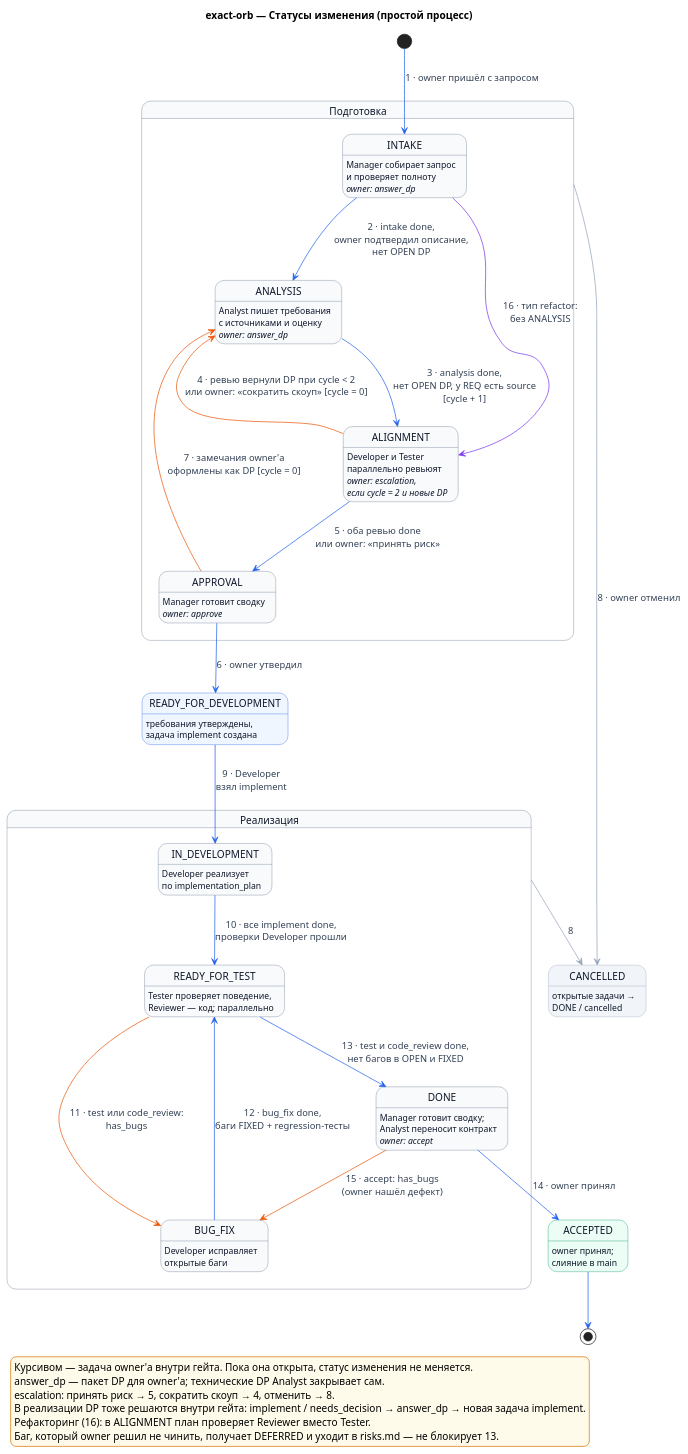
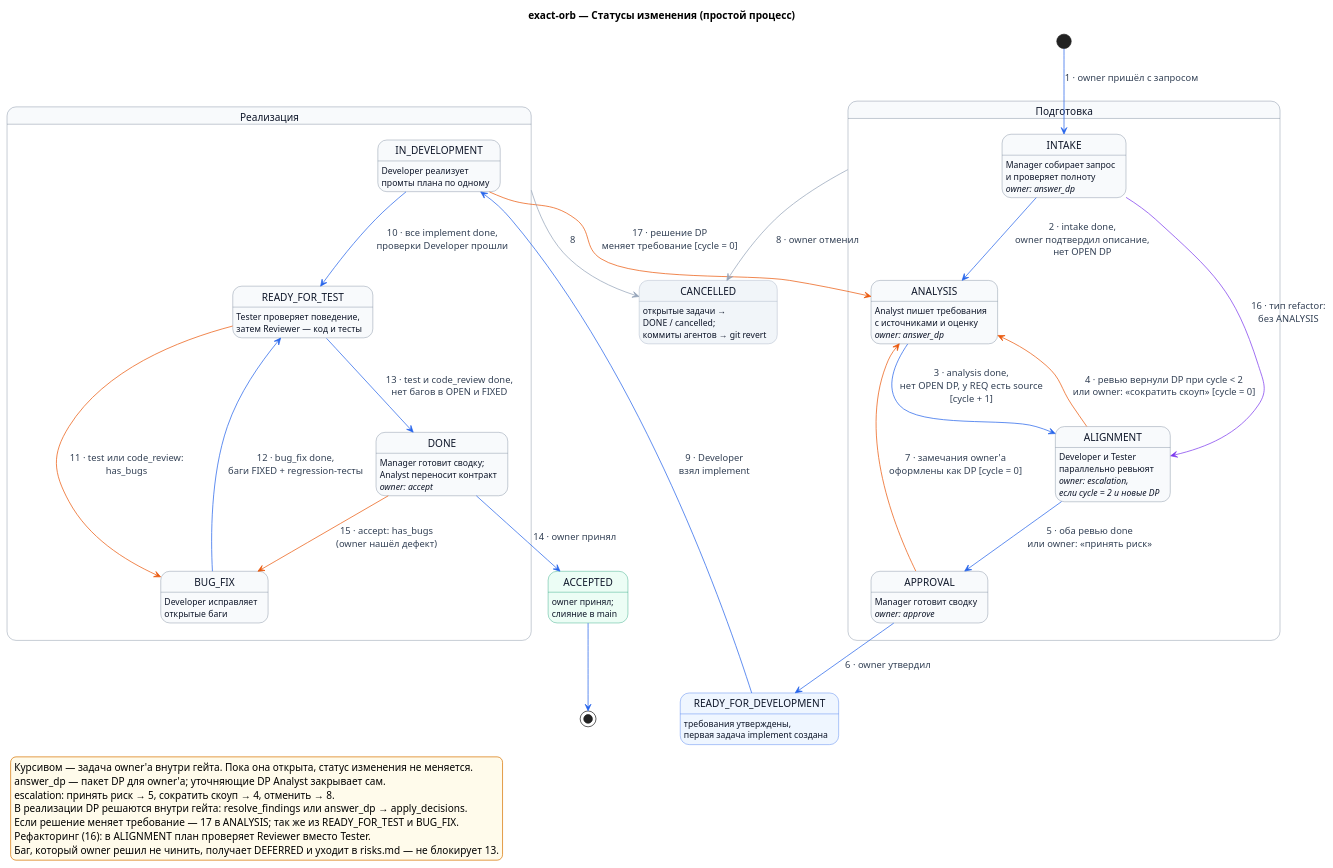
One commit to ksenia-baranova/exact-orb-demo changed the diagram in docs/development_approach/process/process_diagram/001-change-states.puml. Above: the diagram before and after it, drawn with PlantUML. The commit also changed 19 other files, not shown here.

Commit message:
docs: update architecture diagrams, overview, and scenarios

```diff
--- a/docs/development_approach/process/process_diagram/001-change-states.puml
+++ b/docs/development_approach/process/process_diagram/001-change-states.puml
@@ -1,74 +1,76 @@
 @startuml
 title exact-orb — Статусы изменения (простой процесс)
 
 ' Источник: «Процесс работы над изменением v2», разделы «Машина состояний» и «Таблица переходов».
 ' Номера на стрелках — строки таблицы переходов.
 ' Статус = гейт. Ожидание owner'а — его задача внутри гейта, статус при этом не меняется.
 
 hide empty description
 skinparam shadowing false
 skinparam state {
     BackgroundColor #F8FAFC
     BorderColor #64748B
     FontColor #0F172A
     ArrowColor #2563EB
     ArrowFontColor #334155
     BackgroundColor<<milestone>> #EFF6FF
     BorderColor<<milestone>> #2563EB
     BackgroundColor<<final>> #ECFDF5
     BorderColor<<final>> #059669
     BackgroundColor<<stop>> #F1F5F9
     BorderColor<<stop>> #94A3B8
 }
 skinparam legend {
     BackgroundColor #FFFBEB
     BorderColor #D97706
 }
 
 state "Подготовка" as PREP {
     state INTAKE : Manager собирает запрос\nи проверяет полноту\n<i>owner: answer_dp</i>
     state ANALYSIS : Analyst пишет требования\nс источниками и оценку\n<i>owner: answer_dp</i>
     state ALIGNMENT : Developer и Tester\nпараллельно ревьюят\n<i>owner: escalation,</i>\n<i>если cycle = 2 и новые DP</i>
     state APPROVAL : Manager готовит сводку\n<i>owner: approve</i>
 }
-state READY_FOR_DEVELOPMENT <<milestone>> : требования утверждены,\nзадача implement создана
+state READY_FOR_DEVELOPMENT <<milestone>> : требования утверждены,\nпервая задача implement создана
 state "Реализация" as BUILD {
-    state IN_DEVELOPMENT : Developer реализует\nпо implementation_plan
-    state READY_FOR_TEST : Tester проверяет поведение,\nReviewer — код; параллельно
+    state IN_DEVELOPMENT : Developer реализует\nпромты плана по одному
+    state READY_FOR_TEST : Tester проверяет поведение,\nзатем Reviewer — код и тесты
     state BUG_FIX : Developer исправляет\nоткрытые баги
     state DONE : Manager готовит сводку;\nAnalyst переносит контракт\n<i>owner: accept</i>
 }
 state ACCEPTED <<final>> : owner принял;\nслияние в main
-state CANCELLED <<stop>> : открытые задачи →\nDONE / cancelled
+state CANCELLED <<stop>> : открытые задачи →\nDONE / cancelled;\nкоммиты агентов → git revert
 
 [*] --> INTAKE : 1 · owner пришёл с запросом
 INTAKE --> ANALYSIS : 2 · intake done,\nowner подтвердил описание,\nнет OPEN DP
 ANALYSIS --> ALIGNMENT : 3 · analysis done,\nнет OPEN DP, у REQ есть source\n[cycle + 1]
 ALIGNMENT -[#EA580C]-> ANALYSIS : 4 · ревью вернули DP при cycle < 2\nили owner: «сократить скоуп» [cycle = 0]
 ALIGNMENT --> APPROVAL : 5 · оба ревью done\nили owner: «принять риск»
 INTAKE -[#7C3AED]-> ALIGNMENT : 16 · тип refactor:\nбез ANALYSIS
 APPROVAL -[#EA580C]-> ANALYSIS : 7 · замечания owner'а\nоформлены как DP [cycle = 0]
 APPROVAL --> READY_FOR_DEVELOPMENT : 6 · owner утвердил
 
 READY_FOR_DEVELOPMENT --> IN_DEVELOPMENT : 9 · Developer\nвзял implement
 IN_DEVELOPMENT --> READY_FOR_TEST : 10 · все implement done,\nпроверки Developer прошли
 READY_FOR_TEST -[#EA580C]-> BUG_FIX : 11 · test или code_review:\nhas_bugs
 BUG_FIX --> READY_FOR_TEST : 12 · bug_fix done,\nбаги FIXED + regression-тесты
 READY_FOR_TEST --> DONE : 13 · test и code_review done,\nнет багов в OPEN и FIXED
 DONE -[#EA580C]-> BUG_FIX : 15 · accept: has_bugs\n(owner нашёл дефект)
 DONE --> ACCEPTED : 14 · owner принял
+IN_DEVELOPMENT -[#EA580C]-> ANALYSIS : 17 · решение DP\nменяет требование [cycle = 0]
 ACCEPTED --> [*]
 
 PREP -[#94A3B8]-> CANCELLED : 8 · owner отменил
 BUILD -[#94A3B8]-> CANCELLED : 8
 
 legend bottom left
   Курсивом — задача owner'а внутри гейта. Пока она открыта, статус изменения не меняется.
-  answer_dp — пакет DP для owner'а; технические DP Analyst закрывает сам.
+  answer_dp — пакет DP для owner'а; уточняющие DP Analyst закрывает сам.
   escalation: принять риск → 5, сократить скоуп → 4, отменить → 8.
-  В реализации DP тоже решаются внутри гейта: implement / needs_decision → answer_dp → новая задача implement.
+  В реализации DP решаются внутри гейта: resolve_findings или answer_dp → apply_decisions.
+  Если решение меняет требование — 17 в ANALYSIS; так же из READY_FOR_TEST и BUG_FIX.
   Рефакторинг (16): в ALIGNMENT план проверяет Reviewer вместо Tester.
   Баг, который owner решил не чинить, получает DEFERRED и уходит в risks.md — не блокирует 13.
 endlegend
 
 @enduml
```
